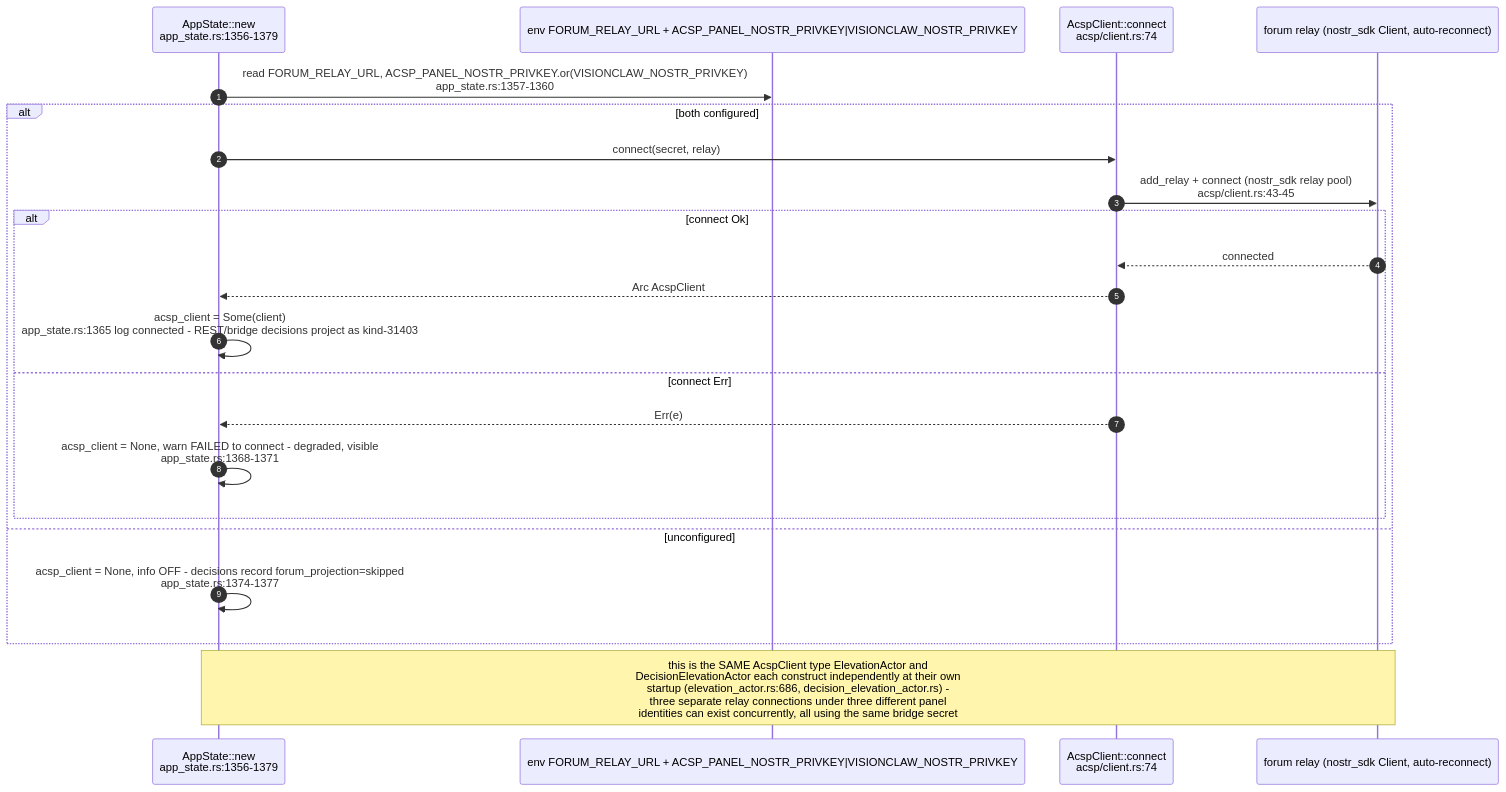
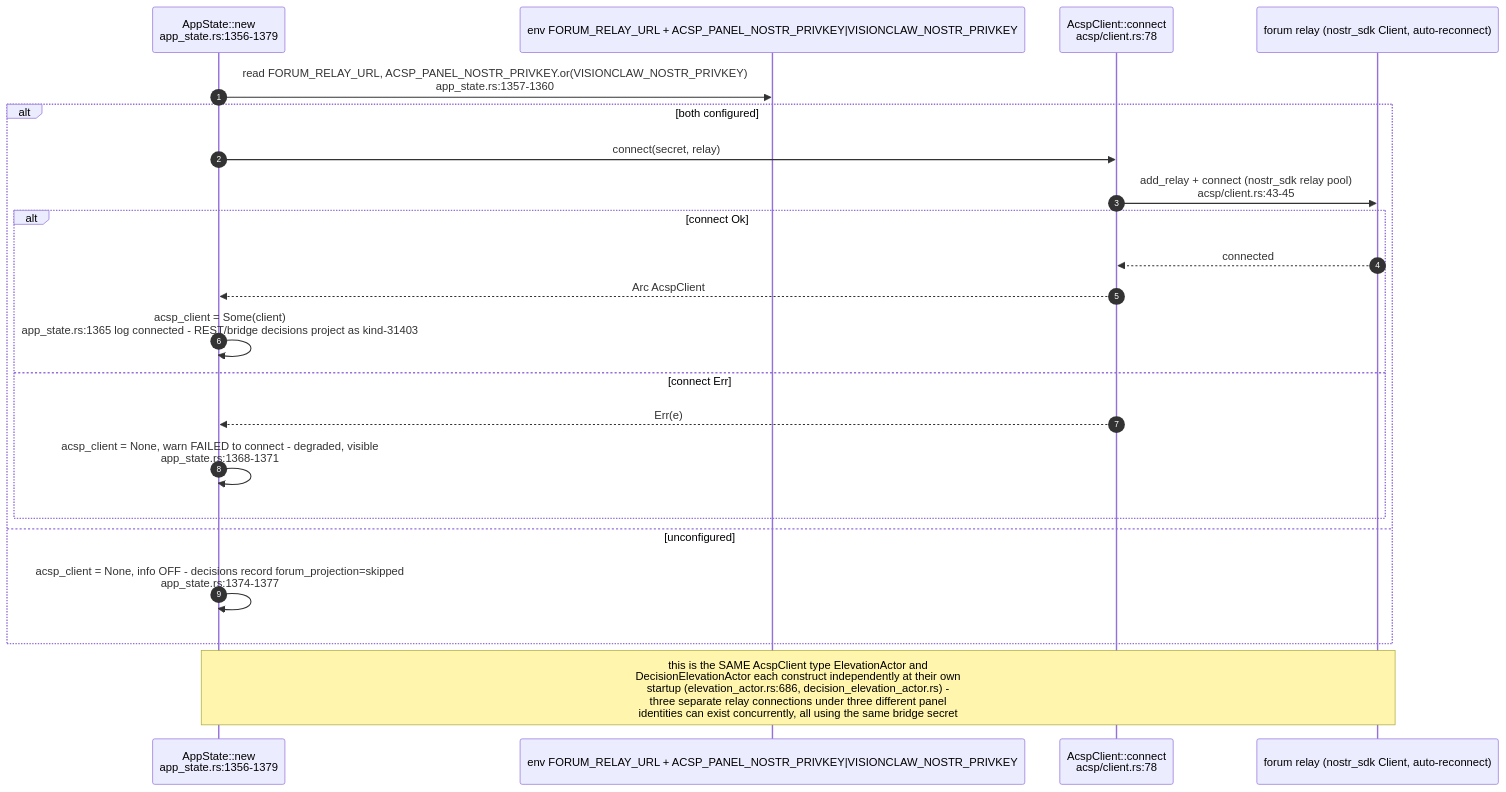
Diagram 11 of 11 in docs/diagrams/visionclaw/24-acsp-decision-elevation.md (DreamLab-AI/VisionFlow), drawn with Mermaid before and after one commit. The commit also changed other lines of this file and 51 other files, not shown here.

First line of the commit message:
docs(diagrams): agentbox AB-01..13 re-attested anchor by anchor (980 anchors, 22 defects); checkpoint against an out-of-mesh writer

````diff
--- a/docs/diagrams/visionclaw/24-acsp-decision-elevation.md
+++ b/docs/diagrams/visionclaw/24-acsp-decision-elevation.md
@@ -399,24 +399,24 @@
 ```mermaid
 sequenceDiagram
     autonumber
     participant BOOT as AppState::new<br/>app_state.rs:1356-1379
     participant ENV as env FORUM_RELAY_URL + ACSP_PANEL_NOSTR_PRIVKEY|VISIONCLAW_NOSTR_PRIVKEY
-    participant ACSP as AcspClient::connect<br/>acsp/client.rs:74
+    participant ACSP as AcspClient::connect<br/>acsp/client.rs:78
     participant RELAY as forum relay (nostr_sdk Client, auto-reconnect)
     BOOT->>ENV: read FORUM_RELAY_URL, ACSP_PANEL_NOSTR_PRIVKEY.or(VISIONCLAW_NOSTR_PRIVKEY)<br/>app_state.rs:1357-1360
     alt both configured
         BOOT->>ACSP: connect(secret, relay)
         ACSP->>RELAY: add_relay + connect (nostr_sdk relay pool)<br/>acsp/client.rs:43-45
         alt connect Ok
             RELAY-->>ACSP: connected
             ACSP-->>BOOT: Arc AcspClient
             BOOT->>BOOT: acsp_client = Some(client)<br/>app_state.rs:1365 log connected - REST/bridge decisions project as kind-31403
         else connect Err
             ACSP-->>BOOT: Err(e)
             BOOT->>BOOT: acsp_client = None, warn FAILED to connect - degraded, visible<br/>app_state.rs:1368-1371
         end
     else unconfigured
         BOOT->>BOOT: acsp_client = None, info OFF - decisions record forum_projection=skipped<br/>app_state.rs:1374-1377
     end
     Note over BOOT,RELAY: this is the SAME AcspClient type ElevationActor and<br/>DecisionElevationActor each construct independently at their own<br/>startup (elevation_actor.rs:686, decision_elevation_actor.rs) -<br/>three separate relay connections under three different panel<br/>identities can exist concurrently, all using the same bridge secret
 ```
````
